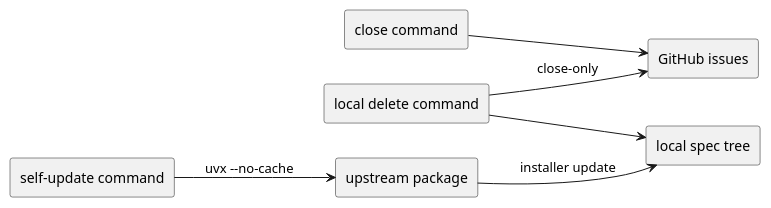
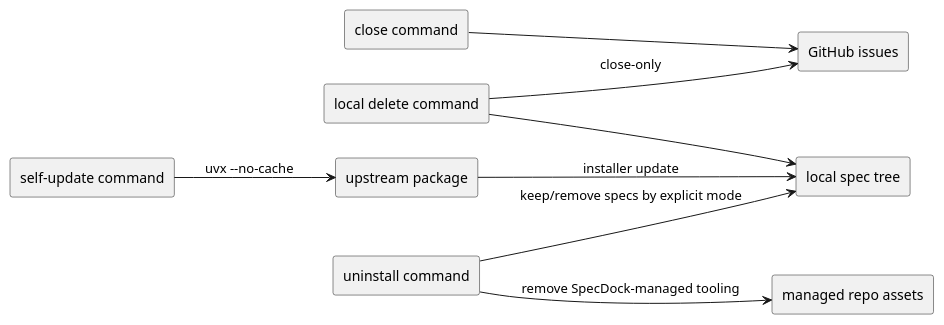
Before and after one commit to chemitaro/spec-dock: the first of 3 diagrams in spec-dock/initiatives/init-local-00002-prototype-feature-expansion/epics/epic-00054-github-lifecycle-command-expansion/design.md, drawn with PlantUML. The commit also changed other lines of this file and 16 other files, not shown here.

````diff
--- a/spec-dock/initiatives/init-local-00002-prototype-feature-expansion/epics/epic-00054-github-lifecycle-command-expansion/design.md
+++ b/spec-dock/initiatives/init-local-00002-prototype-feature-expansion/epics/epic-00054-github-lifecycle-command-expansion/design.md
@@ -35,19 +37,23 @@
 ```plantuml
 @startuml
 skinparam monochrome true
 left to right direction
 
 rectangle "close command" as close
 rectangle "local delete command" as delete
 rectangle "self-update command" as update
+rectangle "uninstall command" as uninstall
 rectangle "local spec tree" as tree
 rectangle "GitHub issues" as gh
 rectangle "upstream package" as pkg
+rectangle "managed repo assets" as assets
 
 close --> gh
 delete --> tree
 delete --> gh : close-only
 update --> pkg : uvx --no-cache
 pkg --> tree : installer update
+uninstall --> assets : remove SpecDock-managed tooling
+uninstall --> tree : keep/remove specs by explicit mode
 @enduml
 ```
````
